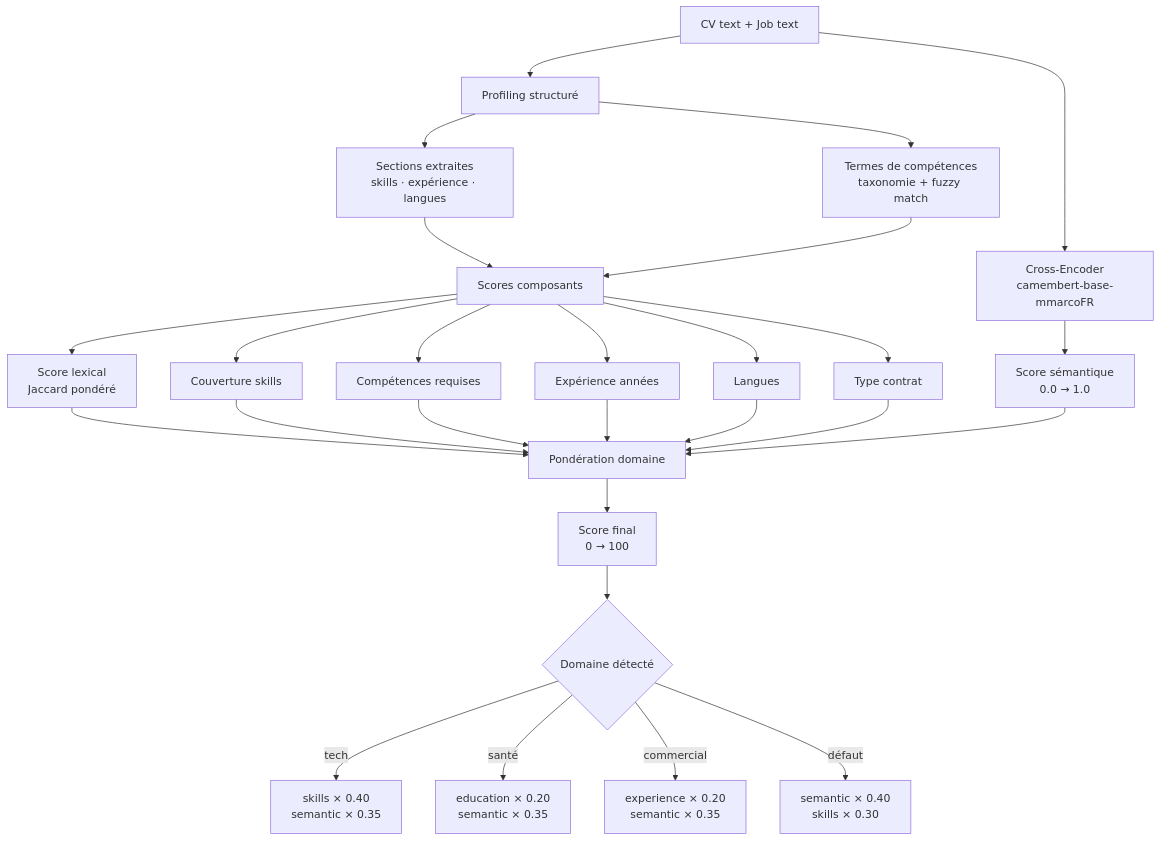
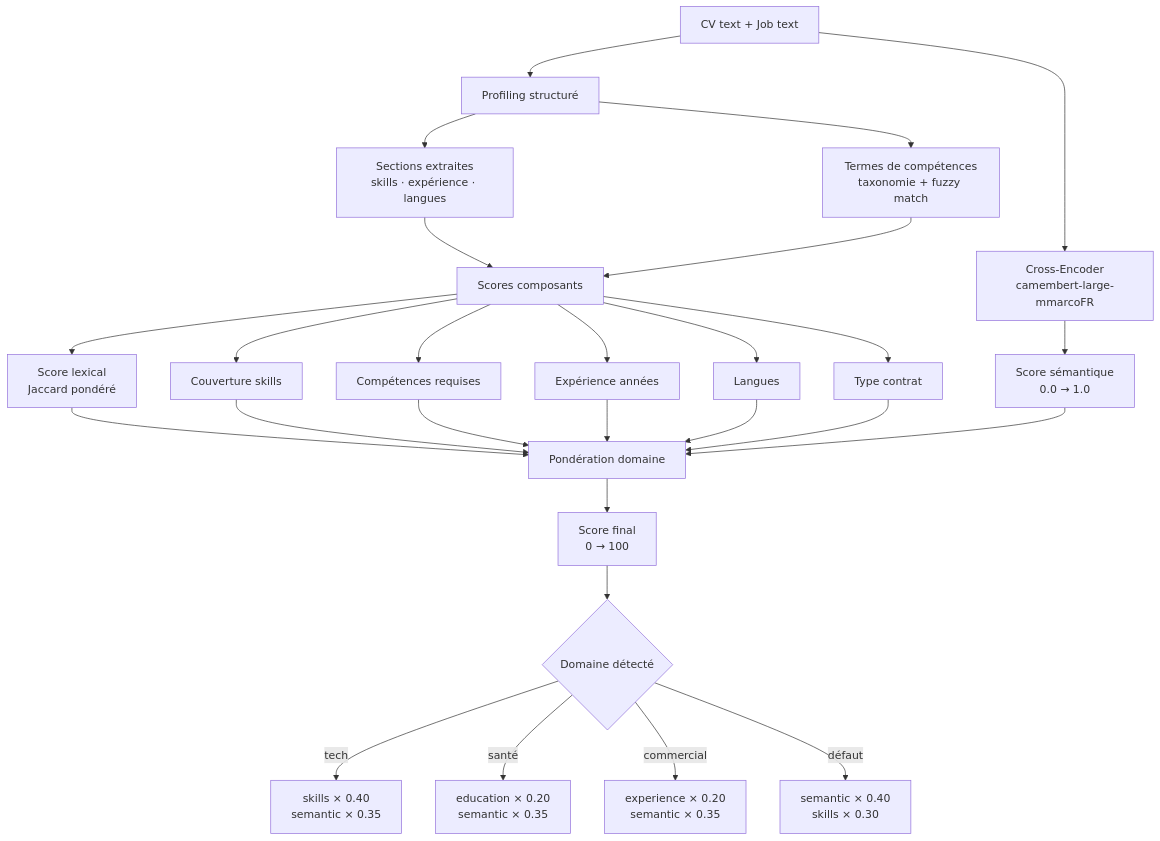
Before and after one commit to Benin-Digital/AI-reel-time: the fifth of 20 diagrams in DOCUMENTATION.md, drawn with Mermaid. The commit also changed other lines of this file, not shown here.

First line of the commit message:
docs: update cross-encoder references to camembert-large-mmarcoFR

````diff
--- a/DOCUMENTATION.md
+++ b/DOCUMENTATION.md
@@ -230,30 +230,30 @@
 ```mermaid
 flowchart TD
     A[CV text + Job text] --> B[Profiling structuré]
     B --> C[Sections extraites\nskills · expérience · langues]
     B --> D[Termes de compétences\ntaxonomie + fuzzy match]
 
     C --> E[Scores composants]
     D --> E
 
     E --> E1[Score lexical\nJaccard pondéré]
     E --> E2[Couverture skills]
     E --> E3[Compétences requises]
     E --> E4[Expérience années]
     E --> E5[Langues]
     E --> E6[Type contrat]
 
-    A --> F[Cross-Encoder\ncamembert-base-mmarcoFR]
+    A --> F[Cross-Encoder\ncamembert-large-mmarcoFR]
     F --> G[Score sémantique\n0.0 → 1.0]
 
     E1 & E2 & E3 & E4 & E5 & E6 --> H[Pondération domaine]
     G --> H
 
     H --> I[Score final\n0 → 100]
 
     I --> J{Domaine détecté}
     J -->|tech| K[skills × 0.40\nsemantic × 0.35]
     J -->|santé| L[education × 0.20\nsemantic × 0.35]
     J -->|commercial| M[experience × 0.20\nsemantic × 0.35]
     J -->|défaut| N[semantic × 0.40\nskills × 0.30]
 ```
````
